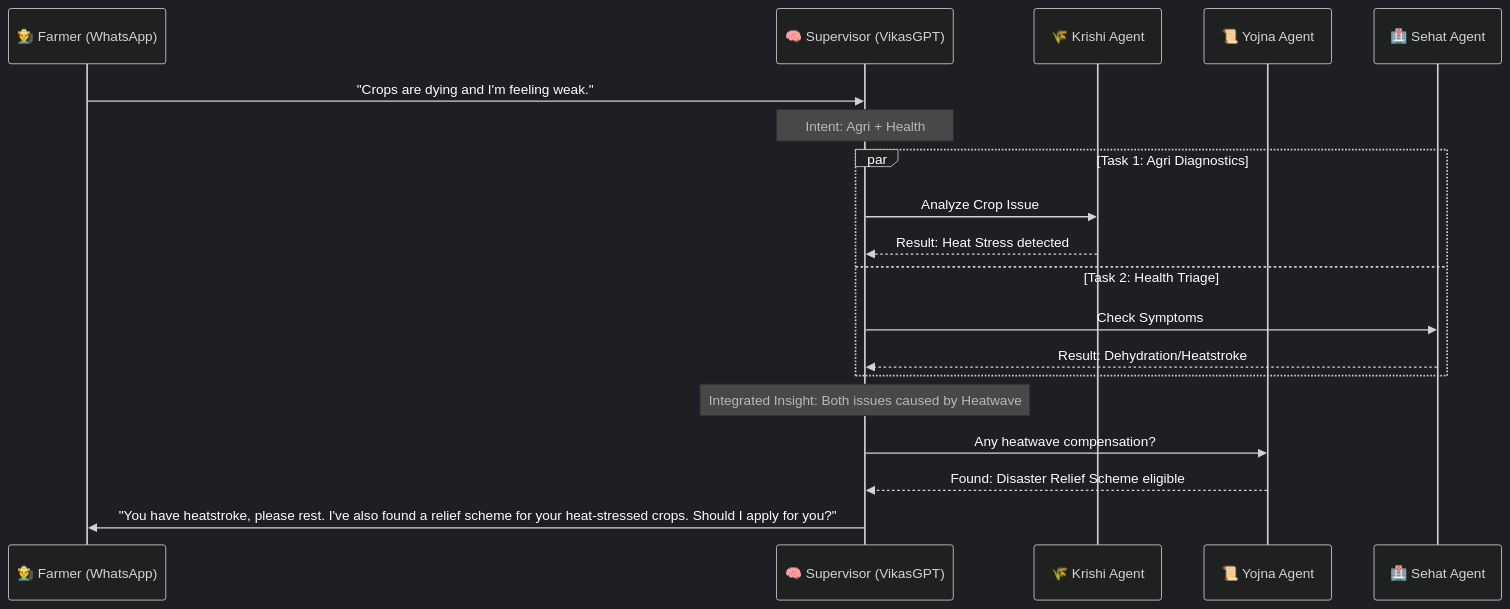
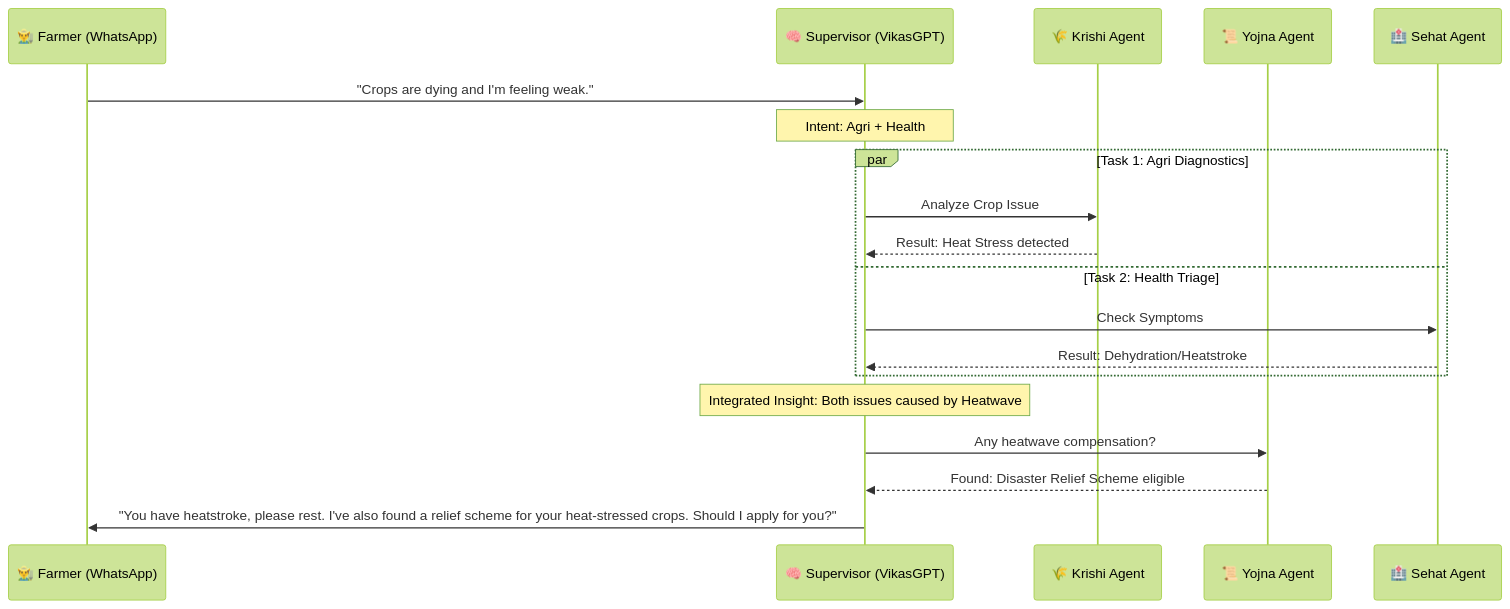
One commit to hdama2992/AI-For-Bharat changed the second of 2 diagrams in design.md. Above: the diagram before and after it, drawn with Mermaid.

````diff
--- a/design.md
+++ b/design.md
@@ -57,23 +57,23 @@
 ```mermaid
-%%{init: {'theme': 'dark', 'themeVariables': { 'signalTextColor': '#FFFFFF', 'messageTextColor': '#FFFFFF', 'labelTextColor': '#FFFFFF', 'loopTextColor': '#FFFFFF'}}}%%
+%%{init: {'theme': 'forest'}}%%
 sequenceDiagram
     participant User as 👨‍🌾 Farmer (WhatsApp)
     participant Super as 🧠 Supervisor (VikasGPT)
     participant Krishi as 🌾 Krishi Agent
     participant Yojna as 📜 Yojna Agent
     participant Sehat as 🏥 Sehat Agent
 
     User->>Super: "Crops are dying and I'm feeling weak."
     Note over Super: Intent: Agri + Health
     par Task 1: Agri Diagnostics
         Super->>Krishi: Analyze Crop Issue
         Krishi-->>Super: Result: Heat Stress detected
     and Task 2: Health Triage
         Super->>Sehat: Check Symptoms
         Sehat-->>Super: Result: Dehydration/Heatstroke
     end
     Note over Super: Integrated Insight: Both issues caused by Heatwave
     Super->>Yojna: Any heatwave compensation?
     Yojna-->>Super: Found: Disaster Relief Scheme eligible
     Super->>User: "You have heatstroke, please rest. I've also found a relief scheme for your heat-stressed crops. Should I apply for you?"
 ```
````
